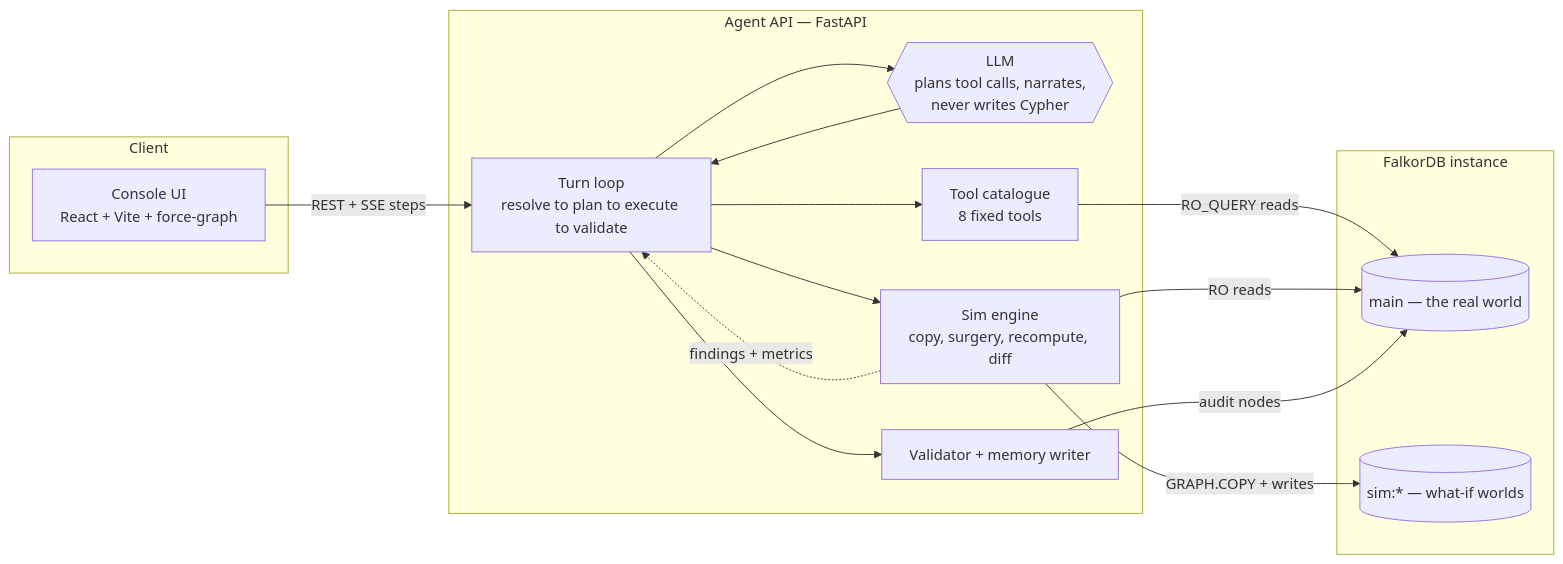
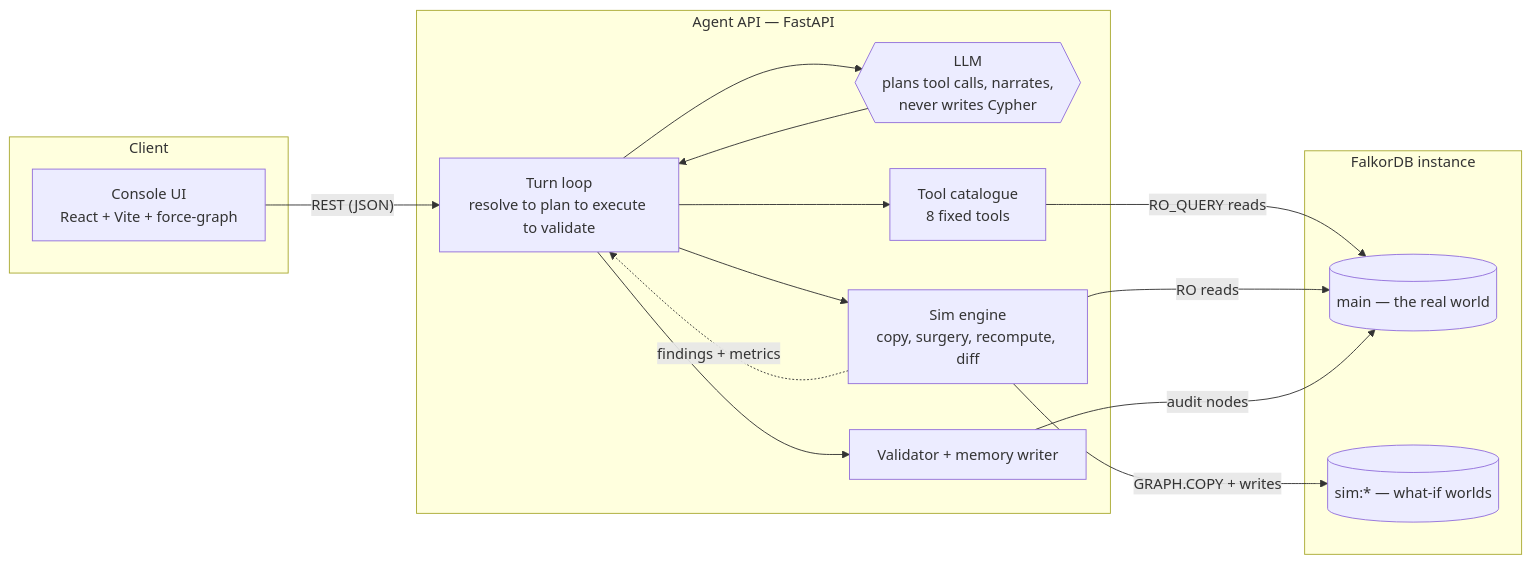
The first of 5 diagrams in README.md (devnamrits/BusFactor), drawn with Mermaid before and after one commit. The commit also changed other lines of this file and 35 other files, not shown here.

````diff
--- a/README.md
+++ b/README.md
@@ -103,28 +104,28 @@
 ```mermaid
 flowchart LR
   subgraph Client
     UI["Console UI<br/>React + Vite + force-graph"]
   end
   subgraph Server["Agent API — FastAPI"]
     ROUTER["Turn loop<br/>resolve to plan to execute to validate"]
     LLM{{"LLM<br/>plans tool calls, narrates,<br/>never writes Cypher"}}
     TOOLS["Tool catalogue<br/>8 fixed tools"]
     SIM["Sim engine<br/>copy, surgery, recompute, diff"]
     VAL["Validator + memory writer"]
   end
   subgraph Data["FalkorDB instance"]
     MAIN[("main — the real world")]
     WORLDS[("sim:* — what-if worlds")]
   end
-  UI -->|"REST + SSE steps"| ROUTER
+  UI -->|"REST (JSON)"| ROUTER
   ROUTER --> LLM
   LLM --> ROUTER
   ROUTER --> TOOLS
   ROUTER --> SIM
   TOOLS -->|"RO_QUERY reads"| MAIN
   SIM -->|"GRAPH.COPY + writes"| WORLDS
   SIM -->|"RO reads"| MAIN
   SIM -.->|"findings + metrics"| ROUTER
   ROUTER --> VAL
   VAL -->|"audit nodes"| MAIN
 ```
````
